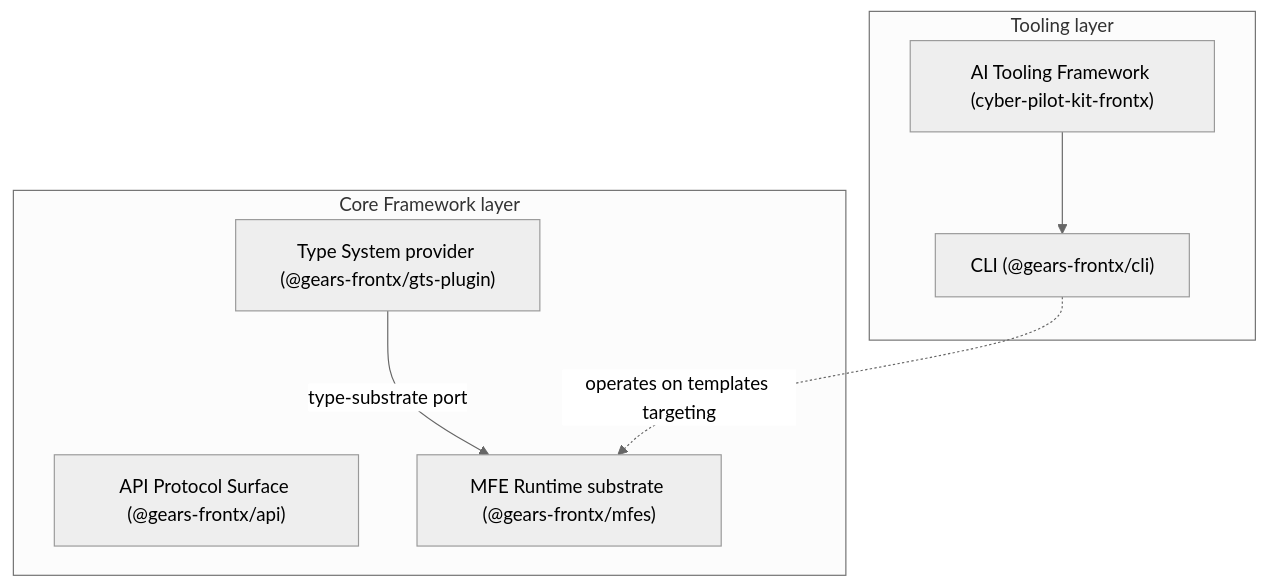
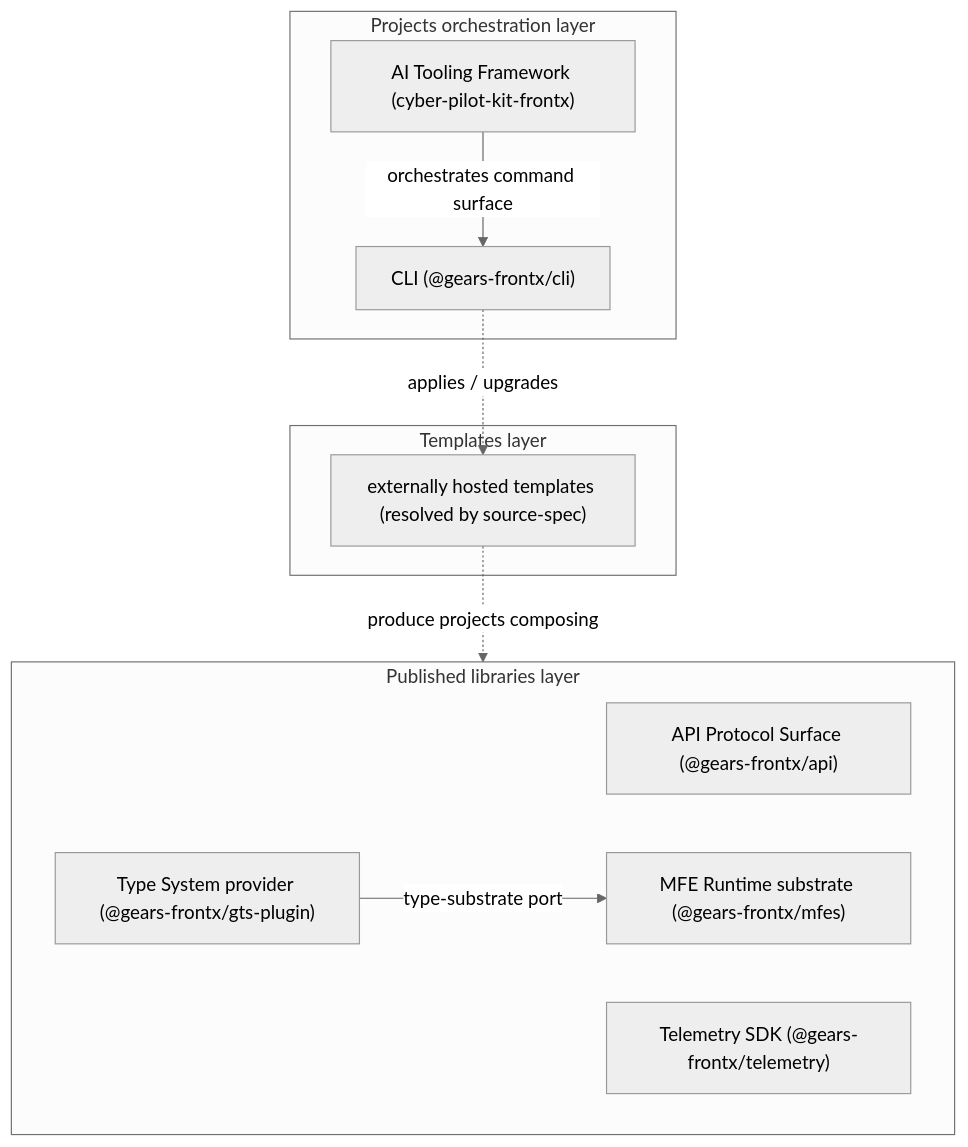
One commit to GeraBart/gears-frontx changed the first of 3 diagrams in architecture/DESIGN.md. Above: the diagram before and after it, drawn with Mermaid (neutral theme). The commit also changed other lines of this file and 4 other files, not shown here.

````diff
--- a/architecture/DESIGN.md
+++ b/architecture/DESIGN.md
@@ -148,15 +144,20 @@
 ```mermaid
 graph TD
-    subgraph Tooling[Tooling layer]
+    subgraph Orch[Projects orchestration layer]
         KIT["AI Tooling Framework (cyber-pilot-kit-frontx)"]
         CLI["CLI (@gears-frontx/cli)"]
     end
-    subgraph Core[Core Framework layer]
+    subgraph Libs[Published libraries layer]
         API["API Protocol Surface (@gears-frontx/api)"]
         GTS["Type System provider (@gears-frontx/gts-plugin)"]
         MFES["MFE Runtime substrate (@gears-frontx/mfes)"]
+        TEL["Telemetry SDK (@gears-frontx/telemetry)"]
     end
-    KIT --> CLI
+    subgraph Tmpl[Templates layer]
+        T["externally hosted templates (resolved by source-spec)"]
+    end
+    KIT -- "orchestrates command surface" --> CLI
     GTS -- "type-substrate port" --> MFES
-    CLI -. "operates on templates targeting" .-> MFES
+    CLI -. "applies / upgrades" .-> T
+    T -. "produce projects composing" .-> Libs
 ```
````
